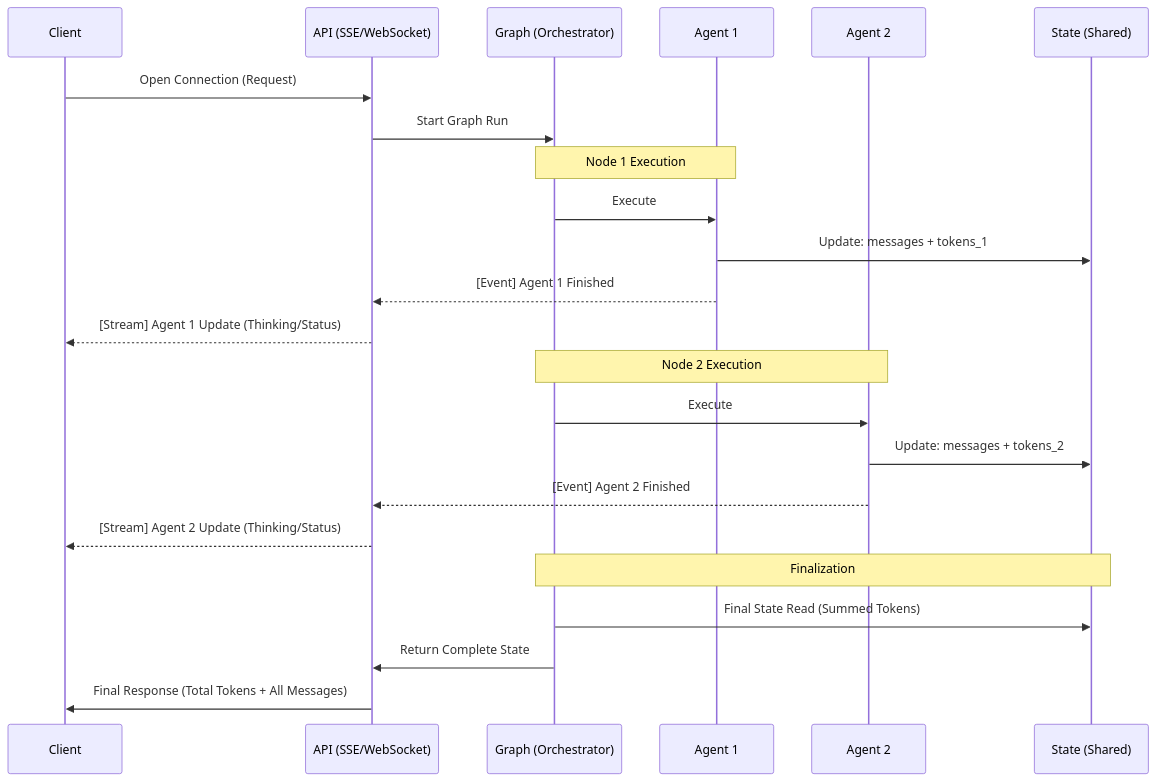
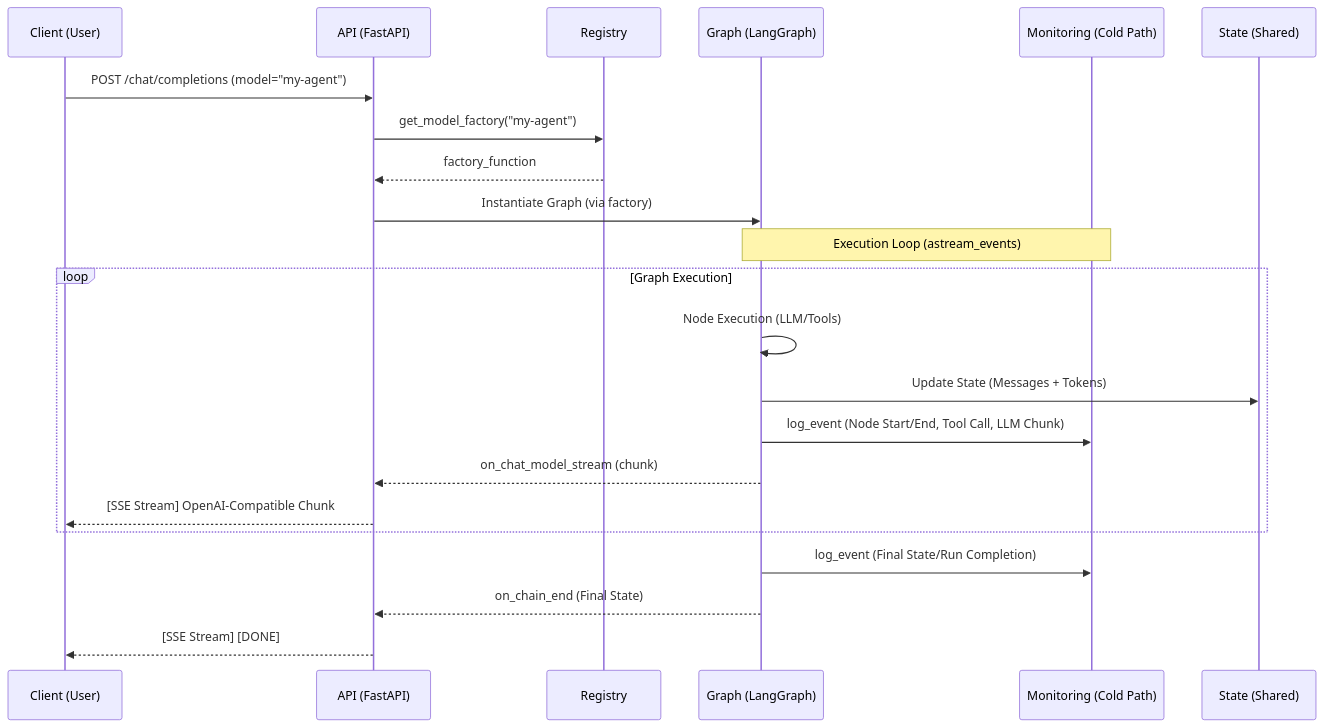
One commit to devsick/AgentixFlow-Enterprise changed the diagram in src/architecture.md. Above: the diagram before and after it, drawn with Mermaid. The commit also changed other lines of this file and 19 other files, not shown here.

Commit message:
translations to english with actualizing the the architecture.md

````diff
--- a/src/architecture.md
+++ b/src/architecture.md
@@ -80,29 +39,27 @@
 ```mermaid
 sequenceDiagram
-    participant C as Client
-    participant A as API (SSE/WebSocket)
-    participant G as Graph (Orchestrator)
-    participant A1 as Agent 1
-    participant A2 as Agent 2
+    participant C as Client (User)
+    participant API as API (FastAPI)
+    participant REG as Registry
+    participant G as Graph (LangGraph)
+    participant MON as Monitoring (Cold Path)
     participant S as State (Shared)
 
-    C->>A: Open Connection (Request)
-    A->>G: Start Graph Run
+    C->>API: POST /chat/completions (model="my-agent")
+    API->>REG: get_model_factory("my-agent")
+    REG-->>API: factory_function
+    API->>G: Instantiate Graph (via factory)
     
-    Note over G, A1: Node 1 Execution
-    G->>A1: Execute
-    A1->>S: Update: messages + tokens_1
-    A1-->>A: [Event] Agent 1 Finished
-    A-->>C: [Stream] Agent 1 Update (Thinking/Status)
+    Note over G, MON: Execution Loop (astream_events)
+    loop Graph Execution
+        G->>G: Node Execution (LLM/Tools)
+        G->>S: Update State (Messages + Tokens)
+        G->>MON: log_event (Node Start/End, Tool Call, LLM Chunk)
+        G-->>API: on_chat_model_stream (chunk)
+        API-->>C: [SSE Stream] OpenAI-Compatible Chunk
+    end
 
-    Note over G, A2: Node 2 Execution
-    G->>A2: Execute
-    A2->>S: Update: messages + tokens_2
-    A2-->>A: [Event] Agent 2 Finished
-    A-->>C: [Stream] Agent 2 Update (Thinking/Status)
-
-    Note over G, S: Finalization
-    G->>S: Final State Read (Summed Tokens)
-    G->>A: Return Complete State
-    A->>C: Final Response (Total Tokens + All Messages)
+    G->>MON: log_event (Final State/Run Completion)
+    G-->>API: on_chain_end (Final State)
+    API-->>C: [SSE Stream] [DONE]
 ```
````
